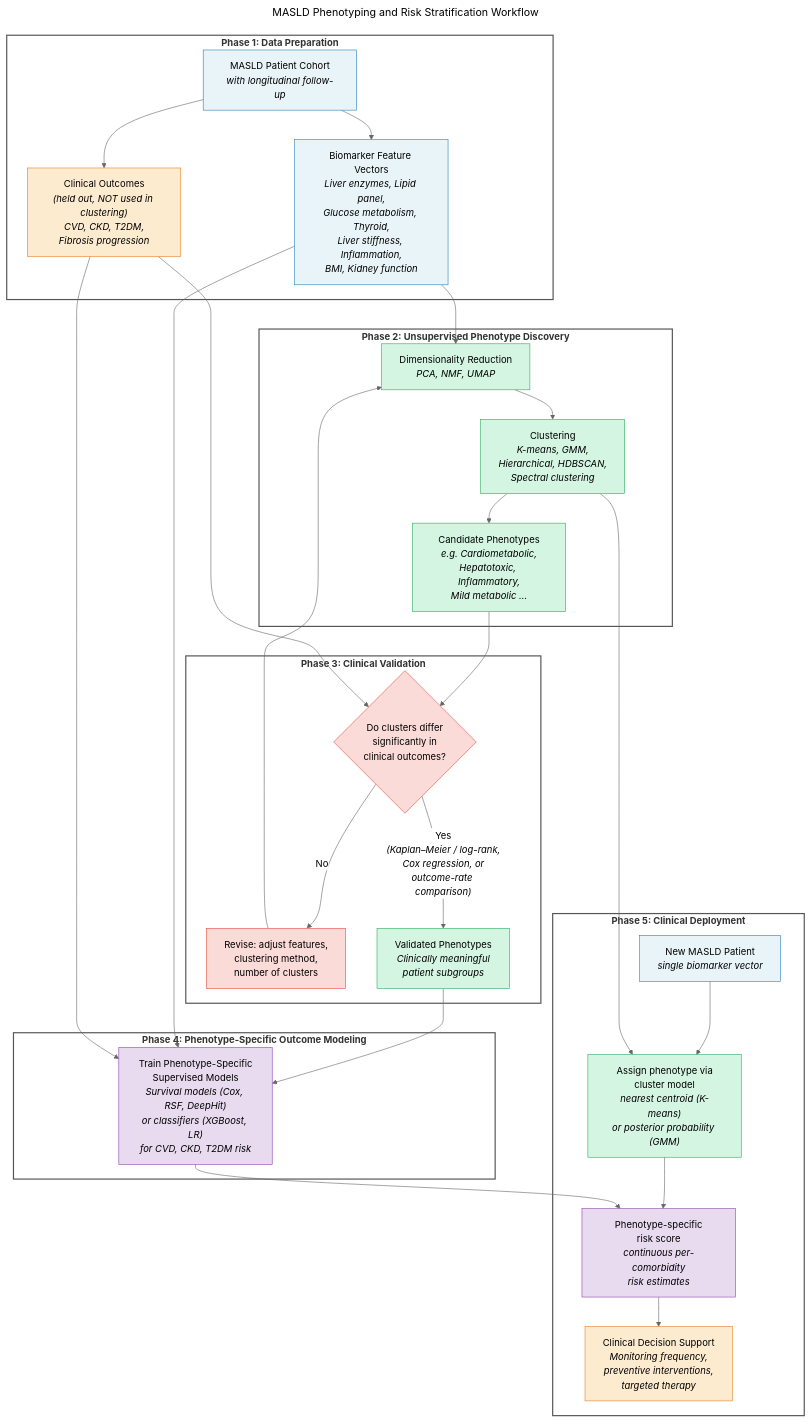
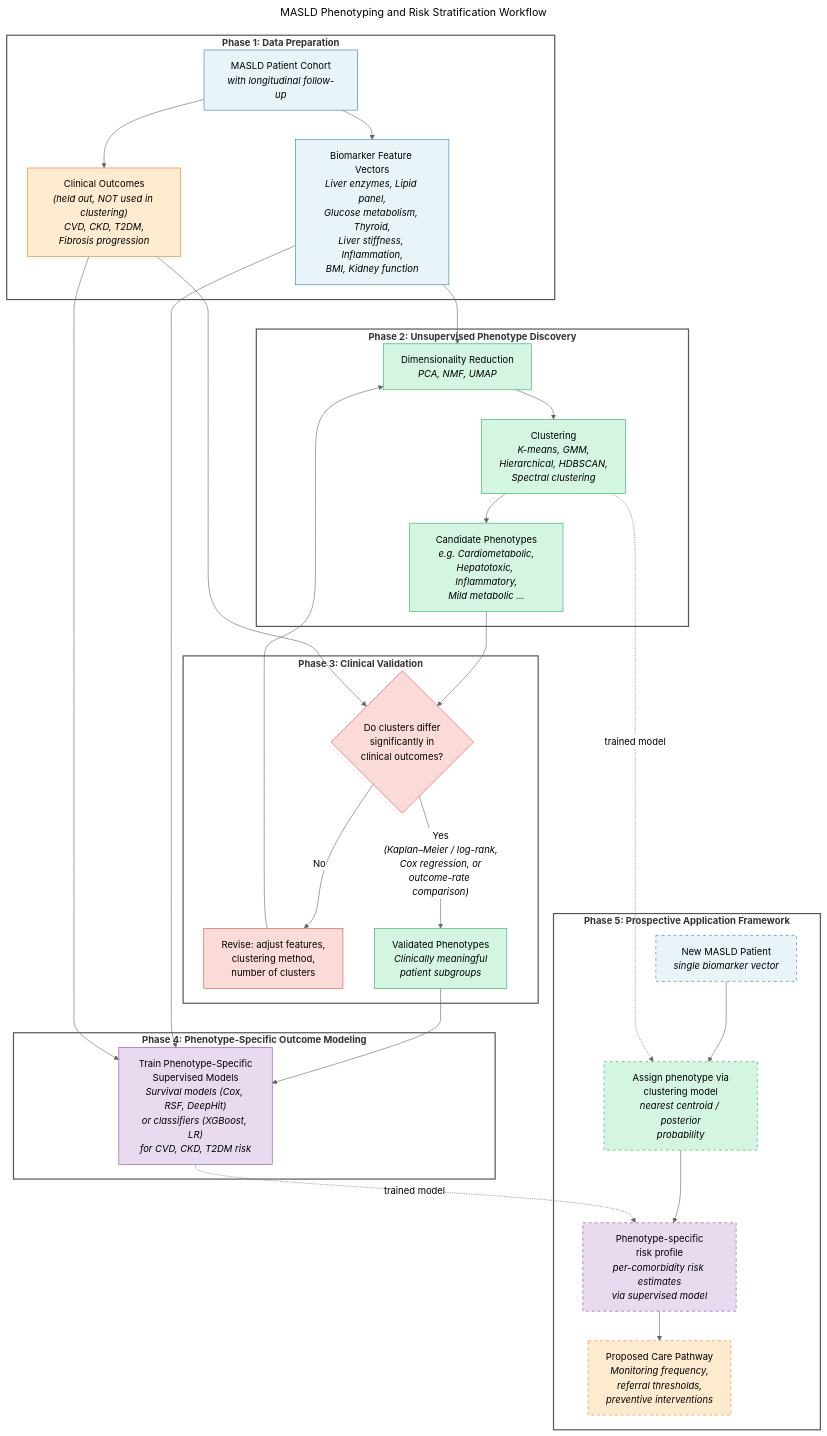
One commit to jurij-ch/liver_paper_2026 changed the diagram in masld_workflow_Figure_5.mermaid. Above: the diagram before and after it, drawn with Mermaid (neutral theme). The commit also changed 3 other files, not shown here.

```diff
--- a/masld_workflow_Figure_5.mermaid
+++ b/masld_workflow_Figure_5.mermaid
@@ -1,58 +1,58 @@
 ---
 title: "MASLD Phenotyping and Risk Stratification Workflow"
 ---
 
 flowchart TD
     subgraph Phase1["<b>Phase 1: Data Preparation</b>"]
         A["MASLD Patient Cohort<br/><i>with longitudinal follow-up</i>"] --> B["Biomarker Feature Vectors<br/><i>Liver enzymes, Lipid panel,<br/>Glucose metabolism, Thyroid,<br/>Liver stiffness, Inflammation,<br/>BMI, Kidney function</i>"]
         A --> C["Clinical Outcomes<br/><i>(held out, NOT used in clustering)</i><br/><i>CVD, CKD, T2DM,<br/>Fibrosis progression</i>"]
     end
 
     subgraph Phase2["<b>Phase 2: Unsupervised Phenotype Discovery</b>"]
         B --> D["Dimensionality Reduction<br/><i>PCA, NMF, UMAP</i>"]
         D --> E["Clustering<br/><i>K-means, GMM,<br/>Hierarchical, HDBSCAN,<br/>Spectral clustering</i>"]
         E --> F["Candidate Phenotypes<br/><i>e.g. Cardiometabolic,<br/>Hepatotoxic, Inflammatory,<br/>Mild metabolic ...</i>"]
     end
 
     subgraph Phase3["<b>Phase 3: Clinical Validation</b>"]
         F --> G{"Do clusters differ<br/>significantly in<br/>clinical outcomes?"}
         C --> G
         G -->|"No"| H["Revise: adjust features,<br/>clustering method,<br/>number of clusters"]
         H --> D
         G -->|"Yes<br/><i>(Kaplan–Meier / log-rank,<br/>Cox regression, or<br/>outcome-rate comparison)</i>"| I["Validated Phenotypes<br/><i>Clinically meaningful<br/>patient subgroups</i>"]
     end
 
     subgraph Phase4["<b>Phase 4: Phenotype-Specific Outcome Modeling</b>"]
         I --> K["Train Phenotype-Specific<br/>Supervised Models<br/><i>Survival models (Cox, RSF, DeepHit)<br/>or classifiers (XGBoost, LR)<br/>for CVD, CKD, T2DM risk</i>"]
         B --> K
         C --> K
     end
 
-    subgraph Phase5["<b>Phase 5: Clinical Deployment</b>"]
-        L["New MASLD Patient<br/><i>single biomarker vector</i>"] --> M["Assign phenotype via<br/>cluster model<br/><i>nearest centroid (K-means)<br/>or posterior probability (GMM)</i>"]
-        E --> M
-        M --> N["Phenotype-specific<br/>risk score<br/><i>continuous per-comorbidity<br/>risk estimates</i>"]
-        K --> N
-        N --> O["Clinical Decision Support<br/><i>Monitoring frequency,<br/>preventive interventions,<br/>targeted therapy</i>"]
+    subgraph Phase5["<b>Phase 5: Prospective Application Framework</b>"]
+        L["New MASLD Patient<br/><i>single biomarker vector</i>"] --> M["Assign phenotype via<br/>clustering model<br/><i>nearest centroid / posterior<br/>probability</i>"]
+        E -.->|"trained model"| M
+        M --> N["Phenotype-specific<br/>risk profile<br/><i>per-comorbidity risk estimates<br/>via supervised model</i>"]
+        K -.->|"trained model"| N
+        N --> O["Proposed Care Pathway<br/><i>Monitoring frequency,<br/>referral thresholds,<br/>preventive interventions</i>"]
     end
 
     style Phase1 fill:transparent,stroke:#555,stroke-width:2px
     style Phase2 fill:transparent,stroke:#555,stroke-width:2px
     style Phase3 fill:transparent,stroke:#555,stroke-width:2px
     style Phase4 fill:transparent,stroke:#555,stroke-width:2px
     style Phase5 fill:transparent,stroke:#555,stroke-width:2px
 
     style A fill:#e8f4f8,stroke:#2980b9
     style B fill:#e8f4f8,stroke:#2980b9
     style C fill:#fdebd0,stroke:#e67e22
     style D fill:#d5f5e3,stroke:#27ae60
     style E fill:#d5f5e3,stroke:#27ae60
     style F fill:#d5f5e3,stroke:#27ae60
     style G fill:#fadbd8,stroke:#e74c3c
     style H fill:#fadbd8,stroke:#e74c3c
     style I fill:#d5f5e3,stroke:#27ae60
     style K fill:#e8daef,stroke:#8e44ad
-    style L fill:#e8f4f8,stroke:#2980b9
-    style M fill:#d5f5e3,stroke:#27ae60
-    style N fill:#e8daef,stroke:#8e44ad
-    style O fill:#fdebd0,stroke:#e67e22
+    style L fill:#e8f4f8,stroke:#2980b9,stroke-dasharray: 5 5
+    style M fill:#d5f5e3,stroke:#27ae60,stroke-dasharray: 5 5
+    style N fill:#e8daef,stroke:#8e44ad,stroke-dasharray: 5 5
+    style O fill:#fdebd0,stroke:#e67e22,stroke-dasharray: 5 5
```
